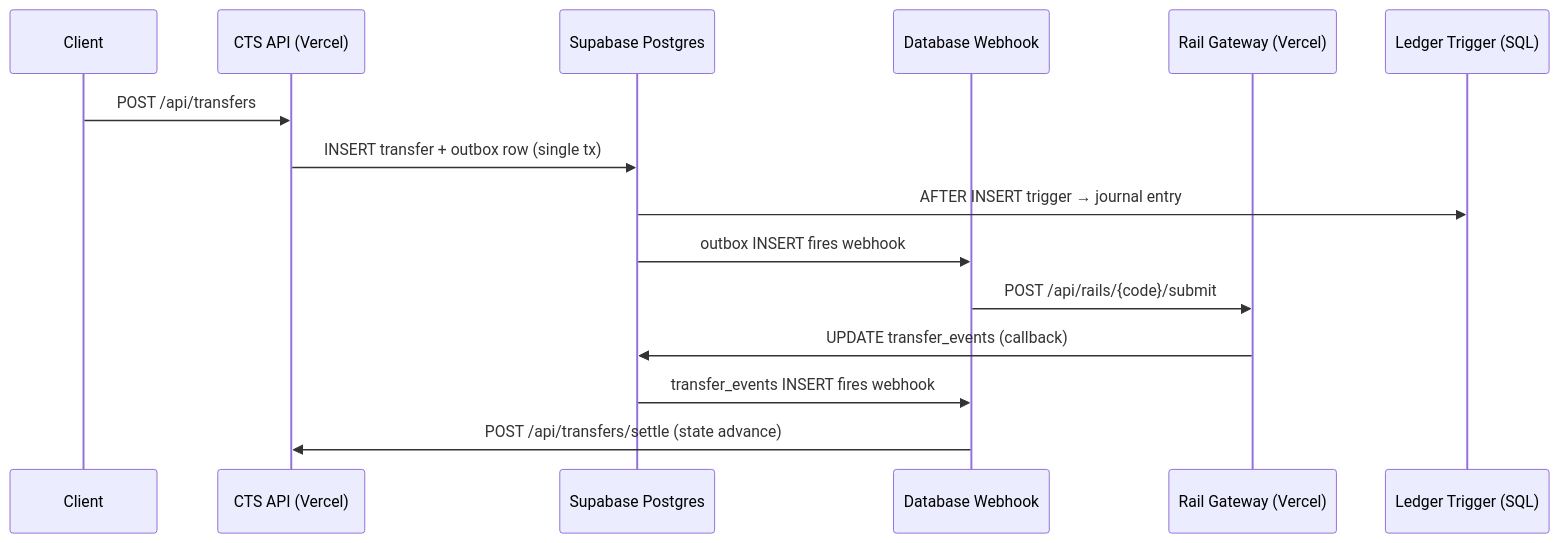
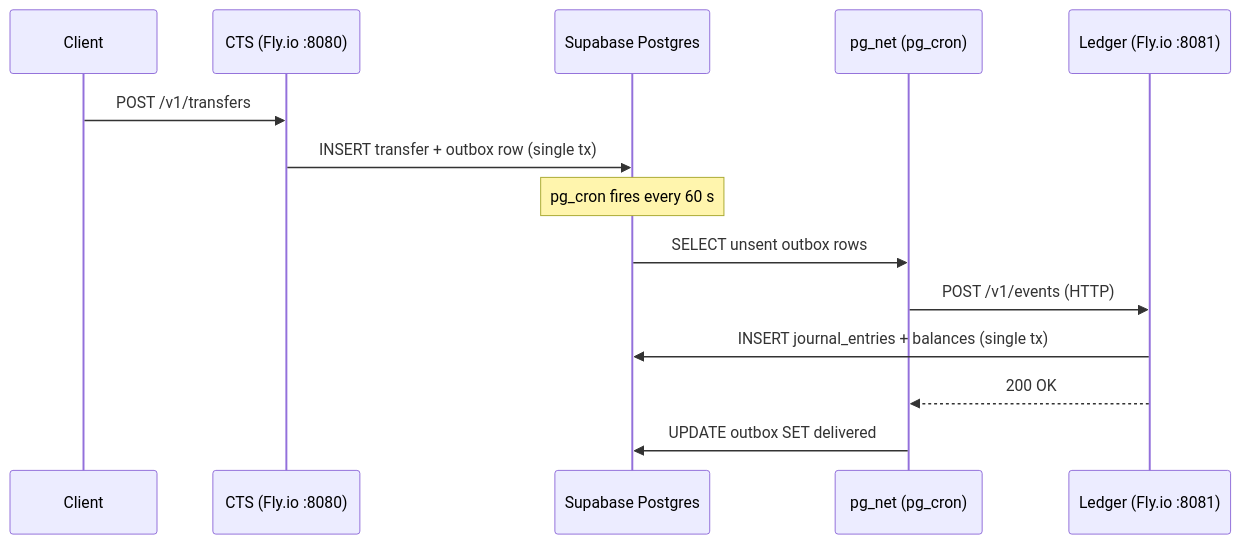
The second of 4 diagrams in docs/60-infra/free-stack.md (stalela/stalela-docs), drawn with Mermaid before and after one commit. The commit also changed other lines of this file, not shown here.

First line of the commit message:
docs(infra): update free-stack architecture for Go-only platform

````diff
--- a/docs/60-infra/free-stack.md
+++ b/docs/60-infra/free-stack.md
@@ -170,18 +154,17 @@
 ```mermaid
 sequenceDiagram
     participant Client
-    participant CTS as CTS API (Vercel)
+    participant CTS as CTS (Fly.io :8080)
     participant DB as Supabase Postgres
-    participant WH as Database Webhook
-    participant Rail as Rail Gateway (Vercel)
-    participant Ledger as Ledger Trigger (SQL)
+    participant PGNET as pg_net (pg_cron)
+    participant Ledger as Ledger (Fly.io :8081)
 
-    Client->>CTS: POST /api/transfers
+    Client->>CTS: POST /v1/transfers
     CTS->>DB: INSERT transfer + outbox row (single tx)
-    DB->>Ledger: AFTER INSERT trigger → journal entry
-    DB->>WH: outbox INSERT fires webhook
-    WH->>Rail: POST /api/rails/{code}/submit
-    Rail->>DB: UPDATE transfer_events (callback)
-    DB->>WH: transfer_events INSERT fires webhook
-    WH->>CTS: POST /api/transfers/settle (state advance)
+    Note over DB: pg_cron fires every 60 s
+    DB->>PGNET: SELECT unsent outbox rows
+    PGNET->>Ledger: POST /v1/events (HTTP)
+    Ledger->>DB: INSERT journal_entries + balances (single tx)
+    Ledger-->>PGNET: 200 OK
+    PGNET->>DB: UPDATE outbox SET delivered
 ```
````
